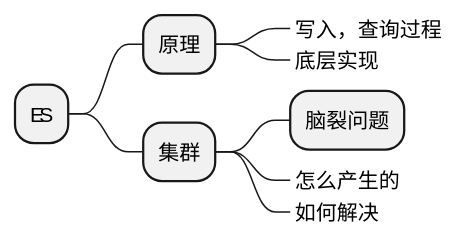
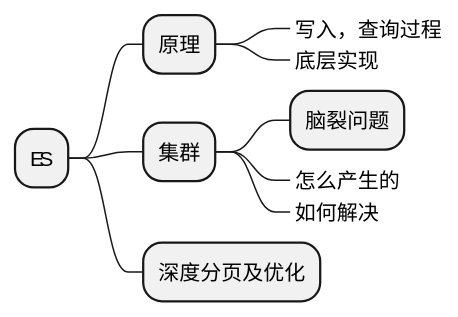
Before and after one commit to Gh0st99/Gh0st99.github.io: the seventh of 11 diagrams in _posts/2021-05-27-查漏补缺.md, drawn with PlantUML. The commit also changed other lines of this file and 1 other file, not shown here.

````diff
--- a/_posts/2021-05-27-查漏补缺.md
+++ b/_posts/2021-05-27-查漏补缺.md
@@ -379,12 +435,14 @@
 ```plantuml
 @startmindmap
 * ES
 ** 原理
 ***_ 写入，查询过程
 ***_ 底层实现
 ** 集群
 *** 脑裂问题
 ***_ 怎么产生的
 ***_ 如何解决
+
+** 深度分页及优化
 @endmindmap
 ```
````
